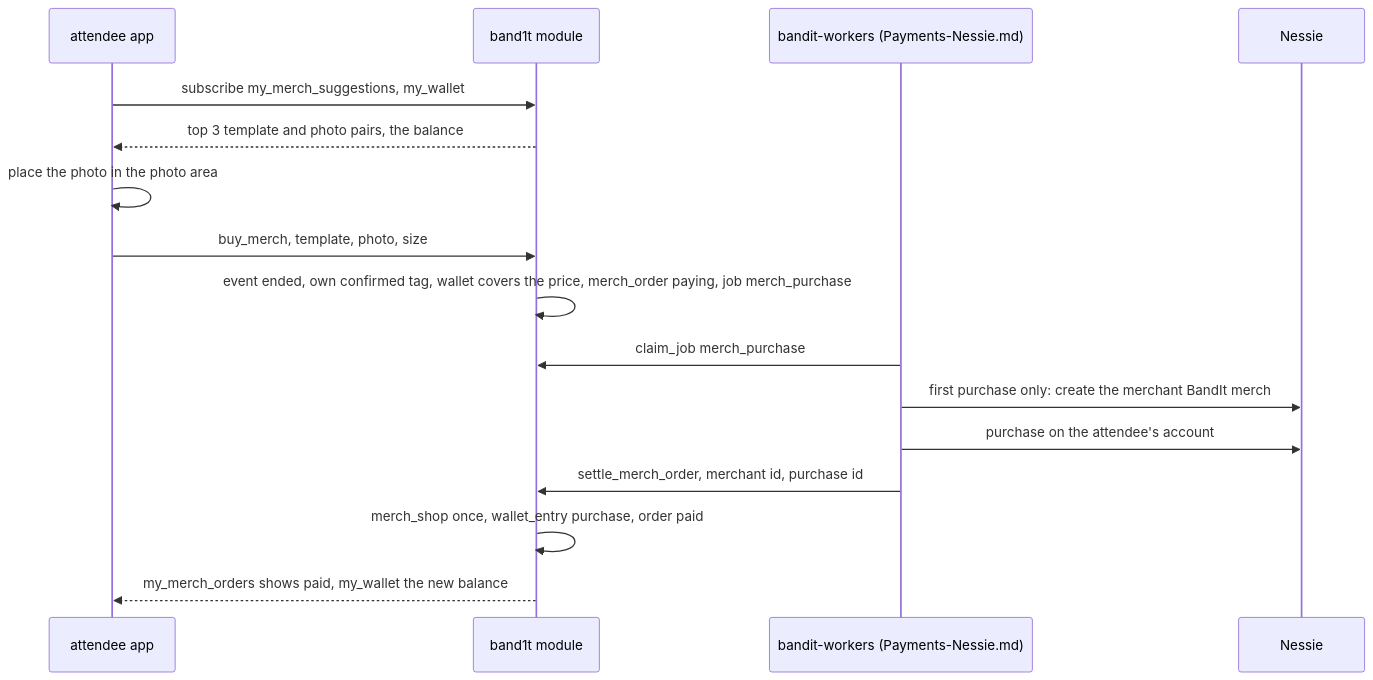
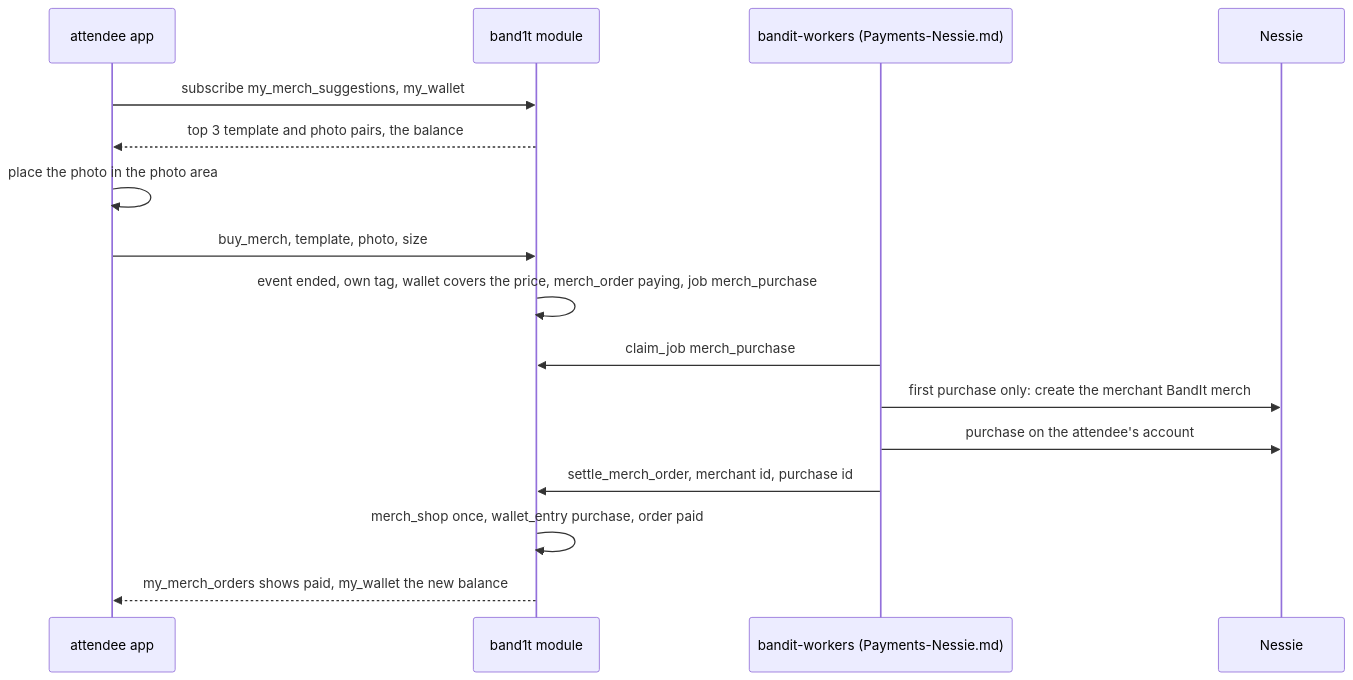
The second of 3 diagrams in System Design/6-features/Merch.md (viktorinkov/cal-hacks-13), drawn with Mermaid before and after one commit. The commit also changed other lines of this file and 23 other files, not shown here.

````diff
--- a/System Design/6-features/Merch.md
+++ b/System Design/6-features/Merch.md
@@ -103,18 +103,18 @@
 ```mermaid
 sequenceDiagram
     participant AT as attendee app
     participant M as band1t module
     participant W as bandit-workers (Payments-Nessie.md)
     participant N as Nessie
     AT->>M: subscribe my_merch_suggestions, my_wallet
     M-->>AT: top 3 template and photo pairs, the balance
     AT->>AT: place the photo in the photo area
     AT->>M: buy_merch, template, photo, size
-    M->>M: event ended, own confirmed tag, wallet covers the price, merch_order paying, job merch_purchase
+    M->>M: event ended, own tag, wallet covers the price, merch_order paying, job merch_purchase
     W->>M: claim_job merch_purchase
     W->>N: first purchase only: create the merchant BandIt merch
     W->>N: purchase on the attendee's account
     W->>M: settle_merch_order, merchant id, purchase id
     M->>M: merch_shop once, wallet_entry purchase, order paid
     M-->>AT: my_merch_orders shows paid, my_wallet the new balance
 ```
````
